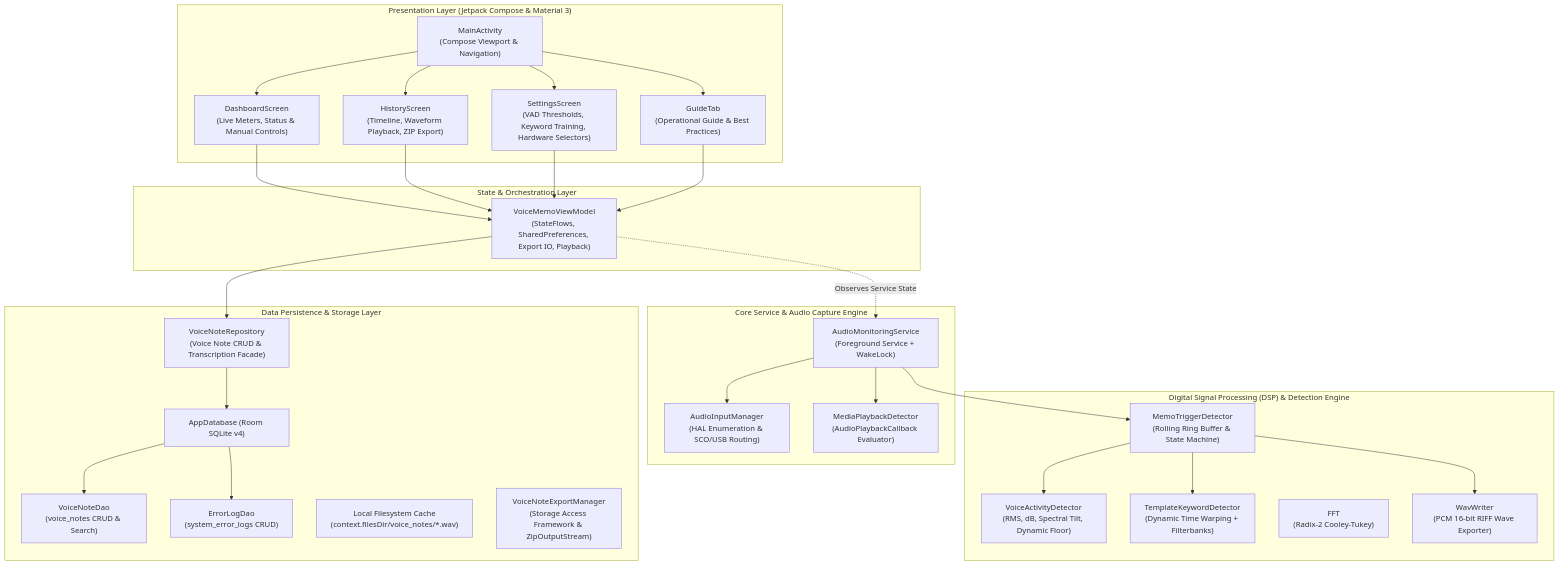
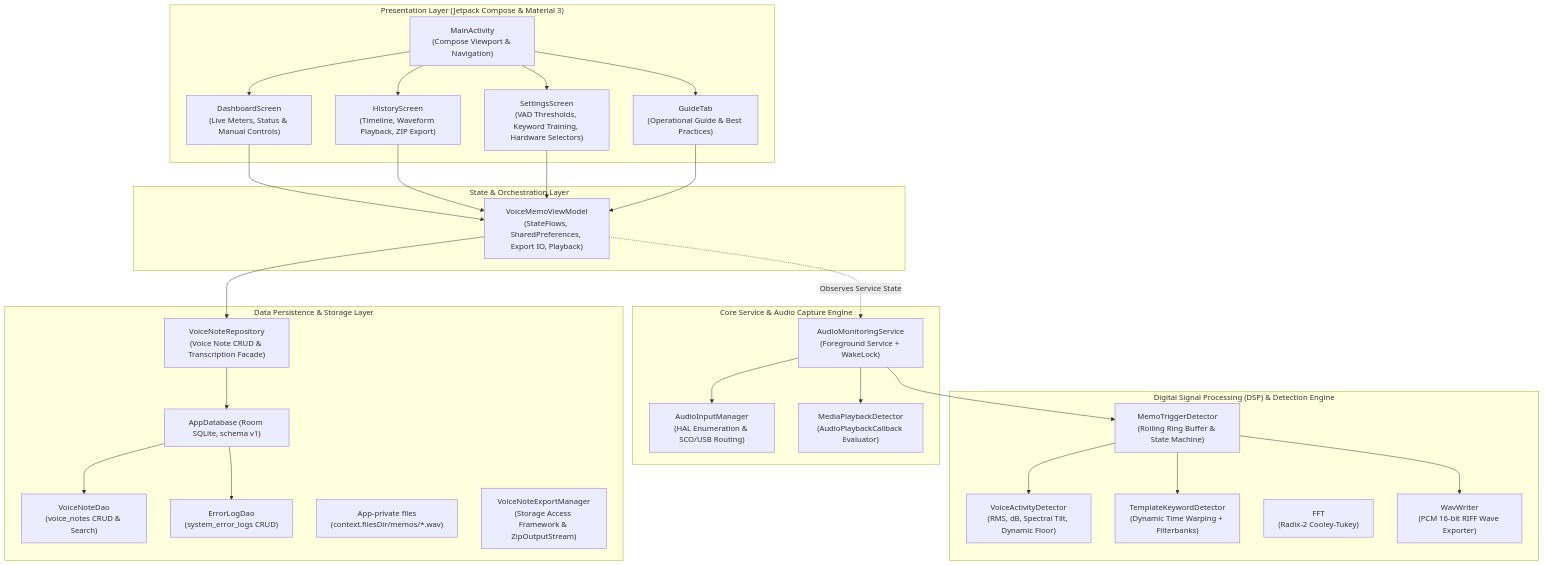
The second of 2 diagrams in ARCHITECTURE.md (elgrande73/FOSS-voice-memo-android-app), drawn with Mermaid before and after one commit. The commit also changed other lines of this file and 41 other files, not shown here.

````diff
--- a/ARCHITECTURE.md
+++ b/ARCHITECTURE.md
@@ -57,48 +58,48 @@
 ```mermaid
 graph TB
     subgraph UI_Layer ["Presentation Layer (Jetpack Compose & Material 3)"]
         MainActivity["MainActivity<br/>(Compose Viewport & Navigation)"]
         DashboardTab["DashboardScreen<br/>(Live Meters, Status & Manual Controls)"]
         HistoryTab["HistoryScreen<br/>(Timeline, Waveform Playback, ZIP Export)"]
         SettingsTab["SettingsScreen<br/>(VAD Thresholds, Keyword Training, Hardware Selectors)"]
         GuideTab["GuideTab<br/>(Operational Guide & Best Practices)"]
     end
 
     subgraph ViewModel_Layer ["State & Orchestration Layer"]
         VoiceMemoViewModel["VoiceMemoViewModel<br/>(StateFlows, SharedPreferences, Export IO, Playback)"]
     end
 
     subgraph Service_Layer ["Core Service & Audio Capture Engine"]
         Service["AudioMonitoringService<br/>(Foreground Service + WakeLock)"]
         InputMgr["AudioInputManager<br/>(HAL Enumeration & SCO/USB Routing)"]
         MediaDet["MediaPlaybackDetector<br/>(AudioPlaybackCallback Evaluator)"]
     end
 
     subgraph DSP_Layer ["Digital Signal Processing (DSP) & Detection Engine"]
         VAD["VoiceActivityDetector<br/>(RMS, dB, Spectral Tilt, Dynamic Floor)"]
         KWDetector["TemplateKeywordDetector<br/>(Dynamic Time Warping + Filterbanks)"]
         MemoCoordinator["MemoTriggerDetector<br/>(Rolling Ring Buffer & State Machine)"]
         FFTEngine["FFT<br/>(Radix-2 Cooley-Tukey)"]
         WavOut["WavWriter<br/>(PCM 16-bit RIFF Wave Exporter)"]
     end
 
     subgraph Data_Layer ["Data Persistence & Storage Layer"]
         Repo["VoiceNoteRepository<br/>(Voice Note CRUD & Transcription Facade)"]
-        RoomDB["AppDatabase (Room SQLite v4)"]
+        RoomDB["AppDatabase (Room SQLite, schema v1)"]
         VoiceNoteDao["VoiceNoteDao<br/>(voice_notes CRUD & Search)"]
         ErrorLogDao["ErrorLogDao<br/>(system_error_logs CRUD)"]
-        DiskFiles["Local Filesystem Cache<br/>(context.filesDir/voice_notes/*.wav)"]
+        DiskFiles["App-private files<br/>(context.filesDir/memos/*.wav)"]
         ExportMgr["VoiceNoteExportManager<br/>(Storage Access Framework & ZipOutputStream)"]
     end
 
     MainActivity --> DashboardTab & HistoryTab & SettingsTab & GuideTab
     DashboardTab & HistoryTab & SettingsTab & GuideTab --> VoiceMemoViewModel
     VoiceMemoViewModel --> Repo
     VoiceMemoViewModel -.->|Observes Service State| Service
     Service --> InputMgr
     Service --> MediaDet
     Service --> MemoCoordinator
     MemoCoordinator --> VAD & KWDetector & WavOut
     Repo --> RoomDB
     RoomDB --> VoiceNoteDao & ErrorLogDao
 ```
````
